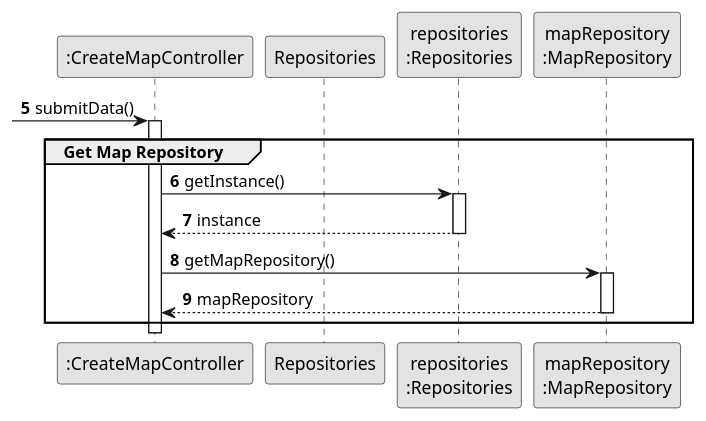
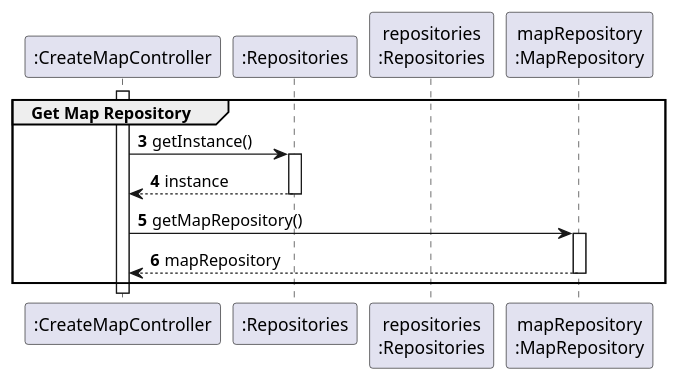
One commit to ivasduarte/all-aboard changed the diagram in docs/sprint3/us001/03.design/puml/us001-sd-partial-get-map-repository.puml. Above: the diagram before and after it, drawn with PlantUML. The commit also changed 11 other files, not shown here.

```diff
--- a/docs/sprint3/us001/03.design/puml/us001-sd-partial-get-map-repository.puml
+++ b/docs/sprint3/us001/03.design/puml/us001-sd-partial-get-map-repository.puml
@@ -1,30 +1,22 @@
 @startuml
-skinparam monochrome true
-skinparam packageStyle rectangle
-skinparam shadowing false
+autonumber 3
 
 participant ":CreateMapController" as ctrl
-participant "Repositories" as Reps
-participant "repositories\n:Repositories" as reps
+participant ":Repositories" as reps
+participant "repositories\n:Repositories" as repositories
 participant "mapRepository\n:MapRepository" as repo
 
-autonumber 5
-
-   -> ctrl : submitData()
-   activate ctrl
+activate ctrl
 
 group Get Map Repository
-   ctrl -> reps : getInstance()
-   activate reps
+    ctrl -> reps : getInstance()
+    activate reps
+    reps --> ctrl : instance
+    deactivate reps
 
-   reps --> ctrl : instance
-   deactivate reps
-
-   ctrl -> repo : getMapRepository()
-   activate repo
-
-   repo --> ctrl : mapRepository
-   deactivate repo
+    ctrl -> repo : getMapRepository()
+    activate repo
+    repo --> ctrl : mapRepository
+    deactivate repo
 end
-
 @enduml
```
